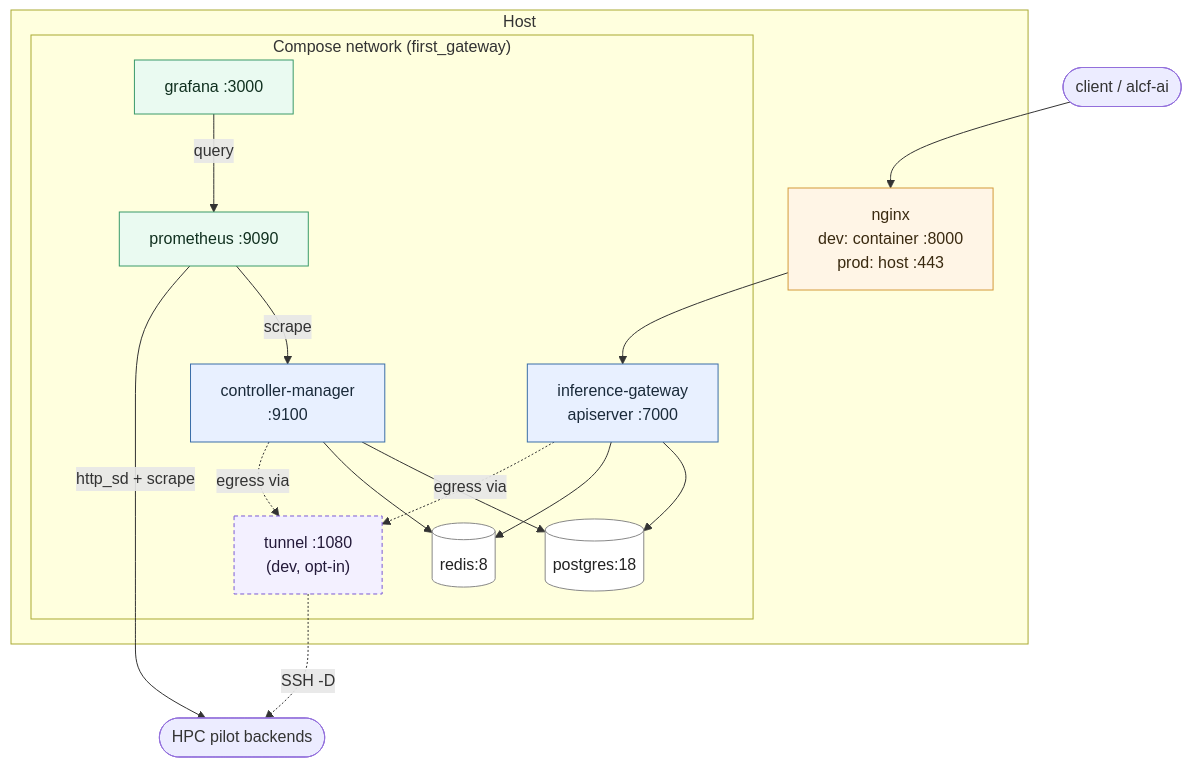
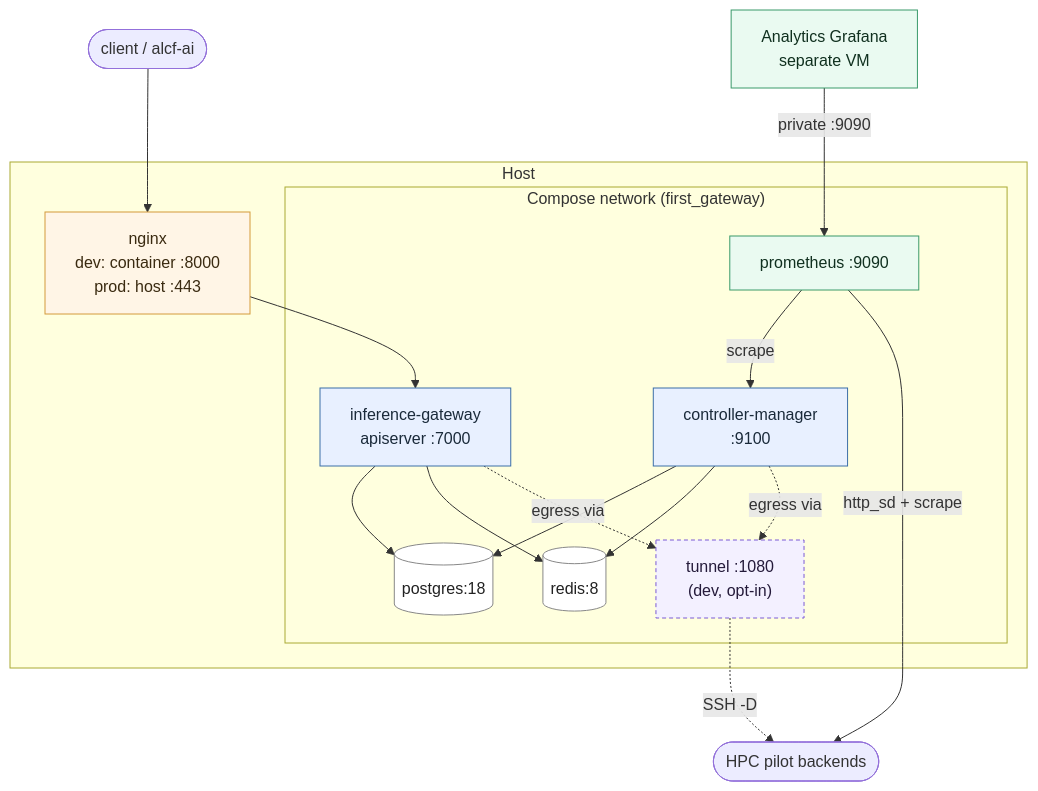
One commit to argonne-lcf/FIRST changed the diagram in docs/deployment/docker.md. Above: the diagram before and after it, drawn with Mermaid. The commit also changed other lines of this file and 11 other files, not shown here.

````diff
--- a/docs/deployment/docker.md
+++ b/docs/deployment/docker.md
@@ -25,34 +25,34 @@
 ```mermaid
 flowchart TB
     classDef gw fill:#e8f0ff,stroke:#3b6ea8,color:#1a2a3a
     classDef store fill:#ffffff,stroke:#888,color:#222
     classDef proxy fill:#fff5e6,stroke:#d49a3a,color:#3a2a10
     classDef obs fill:#eafaf1,stroke:#3a9a6a,color:#10301f
     classDef opt fill:#f3f0ff,stroke:#7a5ad4,color:#241a3a,stroke-dasharray: 4 3
 
     Client([client / alcf-ai])
 
     subgraph host[Host]
       NX["nginx<br/>dev: container :8000<br/>prod: host :443"]:::proxy
       subgraph net["Compose network (first_gateway)"]
         API["inference-gateway<br/>apiserver :7000"]:::gw
         CM["controller-manager<br/>:9100"]:::gw
         PG[("postgres:18")]:::store
         RD[("redis:8")]:::store
         PROM["prometheus :9090"]:::obs
-        GRAF["grafana :3000"]:::obs
         TUN["tunnel :1080<br/>(dev, opt-in)"]:::opt
       end
     end
     Pilot([HPC pilot backends])
 
     Client --> NX --> API
     API --> PG & RD
     CM --> PG & RD
     PROM -->|scrape| CM
     PROM -->|http_sd + scrape| Pilot
-    GRAF -->|query| PROM
+    ANALYTICS["Analytics Grafana<br/>separate VM"]:::obs
+    ANALYTICS -->|private :9090| PROM
     API -.egress via.-> TUN
     CM -.egress via.-> TUN
     TUN -.SSH -D.-> Pilot
 ```
````
